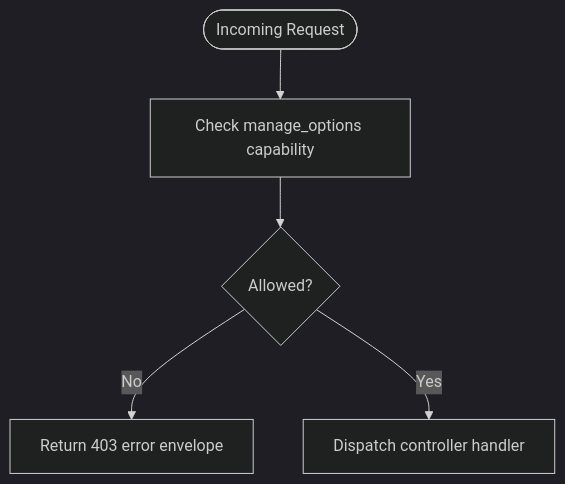
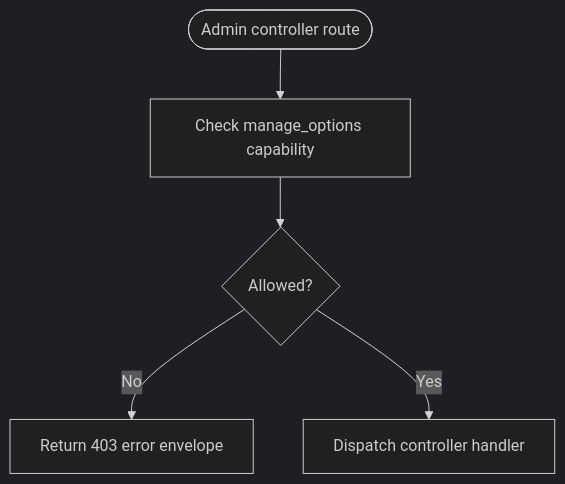
The third of 9 diagrams in .qoder/repowiki/en/content/REST API Reference/REST API Reference.md (onedogsolutions/simple-stack), drawn with Mermaid (dark theme) before and after one commit. The commit also changed other lines of this file and 5941 other files, not shown here.

````diff
--- a/.qoder/repowiki/en/content/REST API Reference/REST API Reference.md
+++ b/.qoder/repowiki/en/content/REST API Reference/REST API Reference.md
@@ -121,7 +132,7 @@
 ```mermaid
 flowchart TD
-Start(["Incoming Request"]) --> CheckCap["Check manage_options capability"]
+Start(["Admin controller route"]) --> CheckCap["Check manage_options capability"]
 CheckCap --> Allowed{"Allowed?"}
 Allowed --> |No| Deny["Return 403 error envelope"]
 Allowed --> |Yes| Proceed["Dispatch controller handler"]
 ```
````
